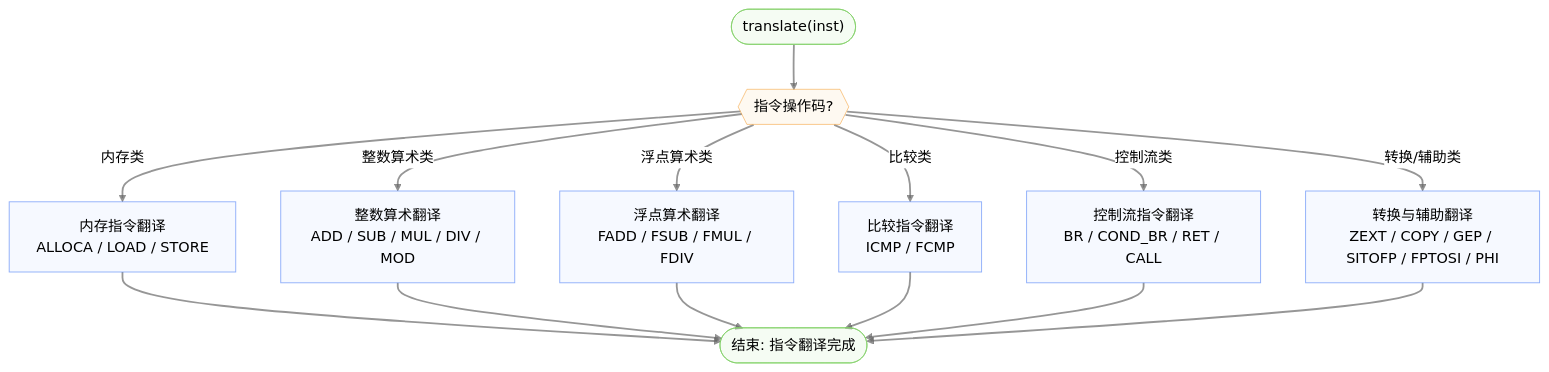
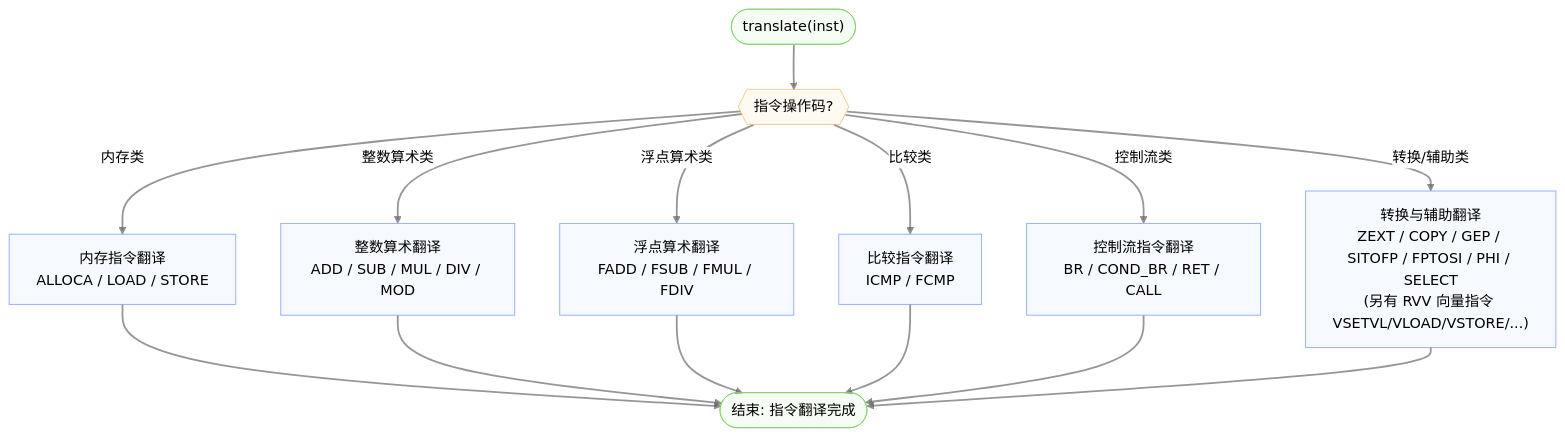
Before and after one commit to LLLLLLLLazy/compiler-lite: the second of 10 diagrams in docs/backend-instselect.md, drawn with Mermaid (neutral theme). The commit also changed other lines of this file and 9 other files, not shown here.

````diff
--- a/docs/backend-instselect.md
+++ b/docs/backend-instselect.md
@@ -45,25 +45,25 @@
 ```mermaid
 flowchart TD
     Start(["translate(inst)"]) --> OpCheck{{"指令操作码?"}}
 
     OpCheck -- "内存类" --> MemGroup["内存指令翻译<br>ALLOCA / LOAD / STORE"]
     OpCheck -- "整数算术类" --> IntArithGroup["整数算术翻译<br>ADD / SUB / MUL / DIV / MOD"]
     OpCheck -- "浮点算术类" --> FloatArithGroup["浮点算术翻译<br>FADD / FSUB / FMUL / FDIV"]
     OpCheck -- "比较类" --> CmpGroup["比较指令翻译<br>ICMP / FCMP"]
     OpCheck -- "控制流类" --> CtrlGroup["控制流指令翻译<br>BR / COND_BR / RET / CALL"]
-    OpCheck -- "转换/辅助类" --> MiscGroup["转换与辅助翻译<br>ZEXT / COPY / GEP / SITOFP / FPTOSI / PHI"]
+    OpCheck -- "转换/辅助类" --> MiscGroup["转换与辅助翻译<br>ZEXT / COPY / GEP / SITOFP / FPTOSI / PHI / SELECT<br>(另有 RVV 向量指令 VSETVL/VLOAD/VSTORE/...)"]
 
     MemGroup & IntArithGroup & FloatArithGroup & CmpGroup & CtrlGroup & MiscGroup --> End(["结束: 指令翻译完成"])
 
     %%Node styles
     classDef default fill:#E2EAFE4F,stroke:#5A88F6AF
     classDef endNode fill:#DDF4D84F,stroke:#7DCF62AF
     classDef decisionNode fill:#FCEBD34f,stroke:#F6AA4BAF
 
     %%Link styles
     linkStyle default stroke:#666666AF,stroke-width:2px
 
     %%Node classes
     class Start,End endNode
     class OpCheck decisionNode
 ```
````
